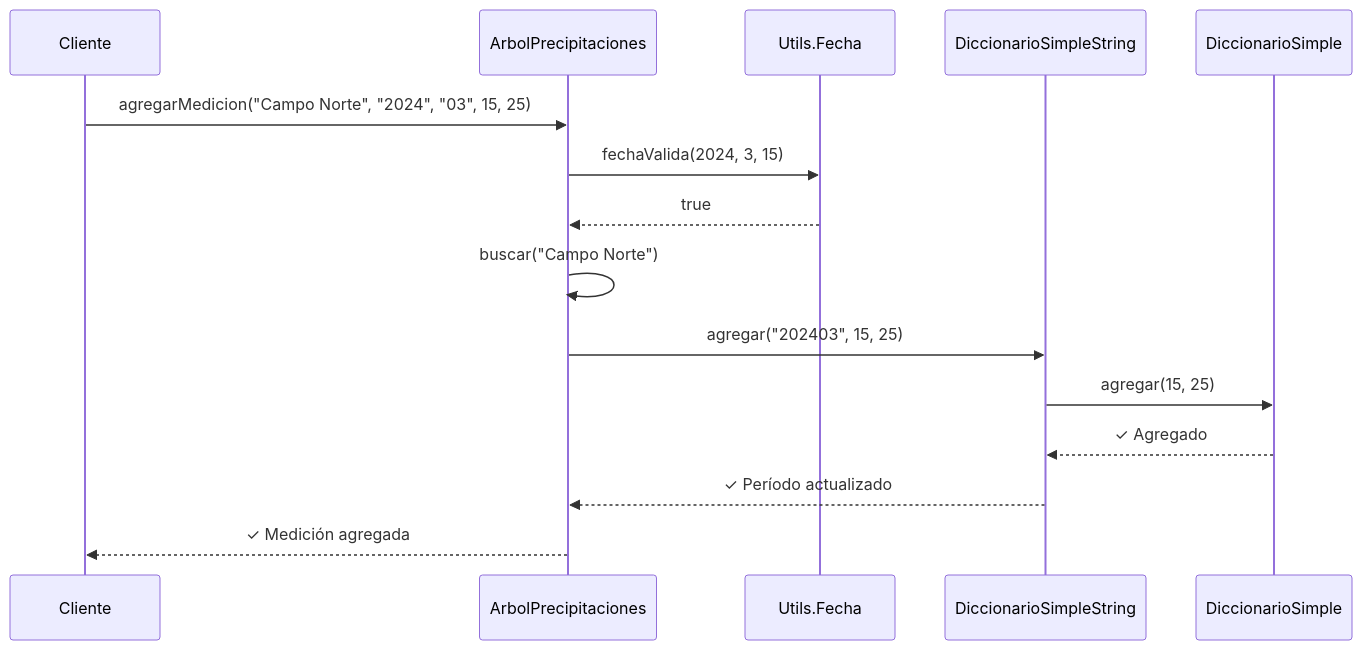
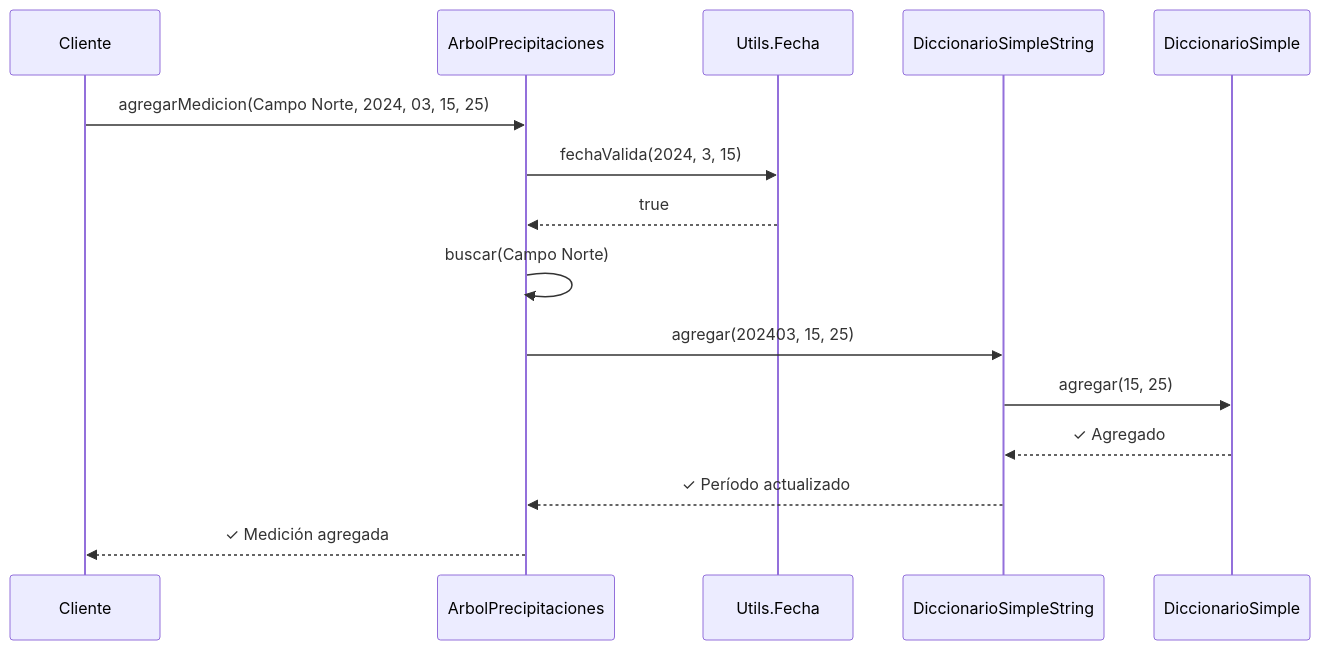
Before and after one commit to pybalt/algo2: diagram 17 of 19 in tp-final/README_IMPLEMENTACIONES.md, drawn with Mermaid. The commit also changed other lines of this file, not shown here.

Commit message:
Update README_IMPLEMENTACIONES.md to improve diagram clarity by removing quotes from node labels and adjusting hash function descriptions for consistency.

````diff
--- a/tp-final/README_IMPLEMENTACIONES.md
+++ b/tp-final/README_IMPLEMENTACIONES.md
@@ -307,18 +307,18 @@
 ```mermaid
 sequenceDiagram
     participant C as Cliente
     participant A as ArbolPrecipitaciones
     participant U as Utils.Fecha
     participant D as DiccionarioSimpleString
     participant DS as DiccionarioSimple
     
-    C->>A: agregarMedicion("Campo Norte", "2024", "03", 15, 25)
+    C->>A: agregarMedicion(Campo Norte, 2024, 03, 15, 25)
     A->>U: fechaValida(2024, 3, 15)
     U-->>A: true
-    A->>A: buscar("Campo Norte")
-    A->>D: agregar("202403", 15, 25)
+    A->>A: buscar(Campo Norte)
+    A->>D: agregar(202403, 15, 25)
     D->>DS: agregar(15, 25)
     DS-->>D: ✓ Agregado
     D-->>A: ✓ Período actualizado
     A-->>C: ✓ Medición agregada
 ```
````
